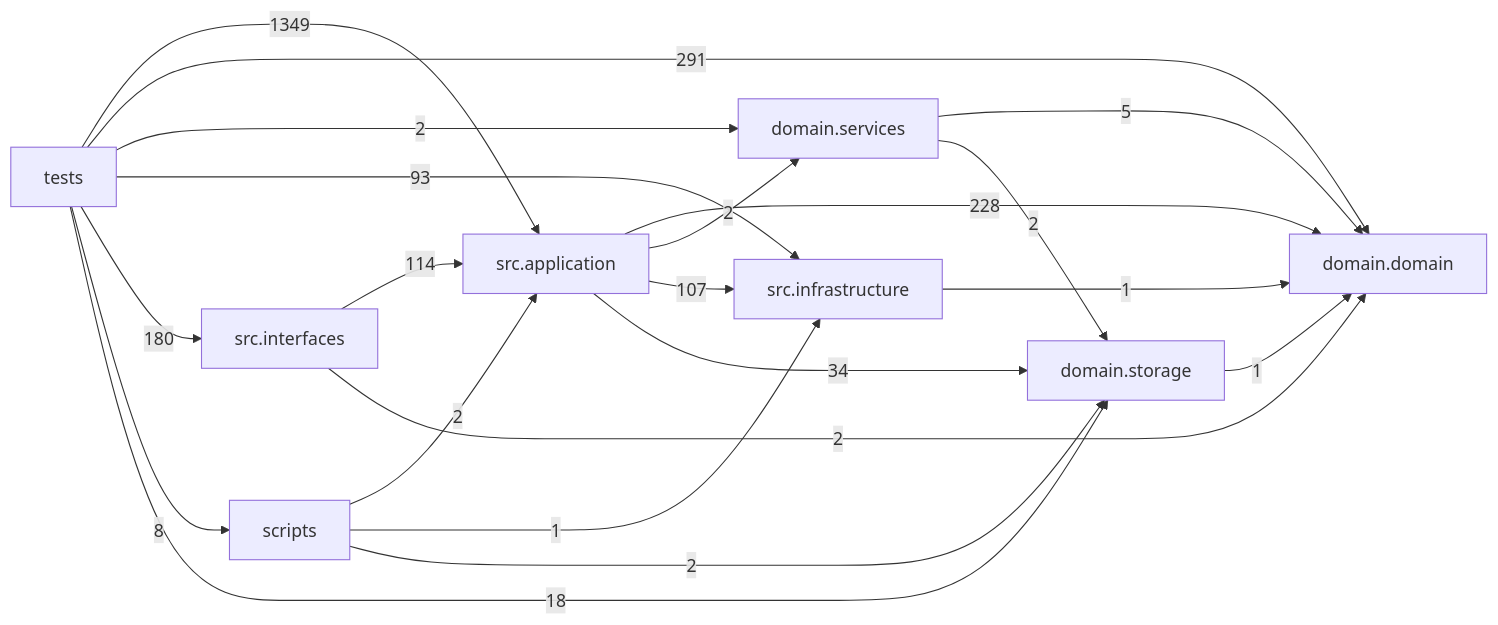
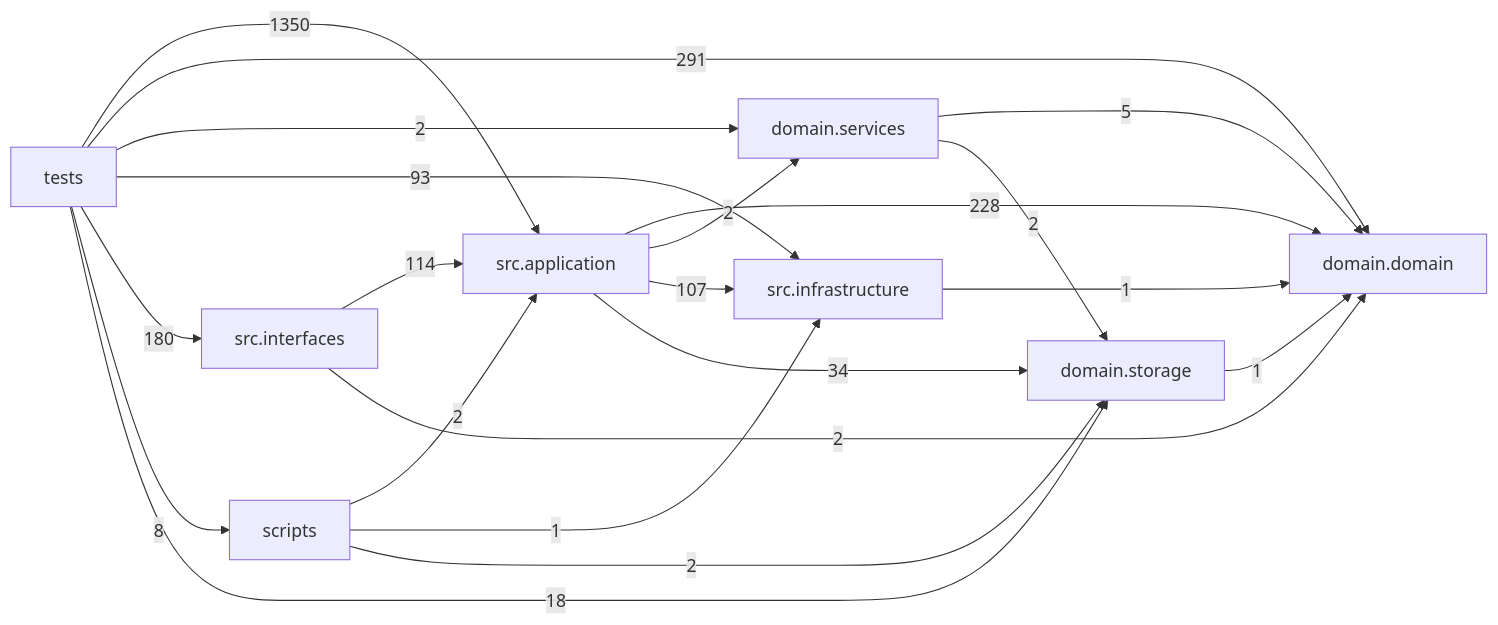
Before and after one commit to liuxie066/options-monitor: the diagram in docs/DEPENDENCY_GRAPH.md, drawn with Mermaid. The commit also changed other lines of this file and 5 other files, not shown here.

````diff
--- a/docs/DEPENDENCY_GRAPH.md
+++ b/docs/DEPENDENCY_GRAPH.md
@@ -24,31 +24,31 @@
 ```mermaid
 flowchart LR
   tests["tests"]
   scripts["scripts"]
   interfaces["src.interfaces"]
   application["src.application"]
   infrastructure["src.infrastructure"]
   domain_services["domain.services"]
   domain["domain.domain"]
   storage["domain.storage"]
   application -->|228| domain
   application -->|2| domain_services
   application -->|107| infrastructure
   application -->|34| storage
   domain_services -->|5| domain
   domain_services -->|2| storage
   infrastructure -->|1| domain
   interfaces -->|114| application
   interfaces -->|2| domain
   scripts -->|2| application
   scripts -->|1| infrastructure
   scripts -->|2| storage
   storage -->|1| domain
-  tests -->|1349| application
+  tests -->|1350| application
   tests -->|291| domain
   tests -->|2| domain_services
   tests -->|93| infrastructure
   tests -->|180| interfaces
   tests -->|8| scripts
   tests -->|18| storage
 ```
````
